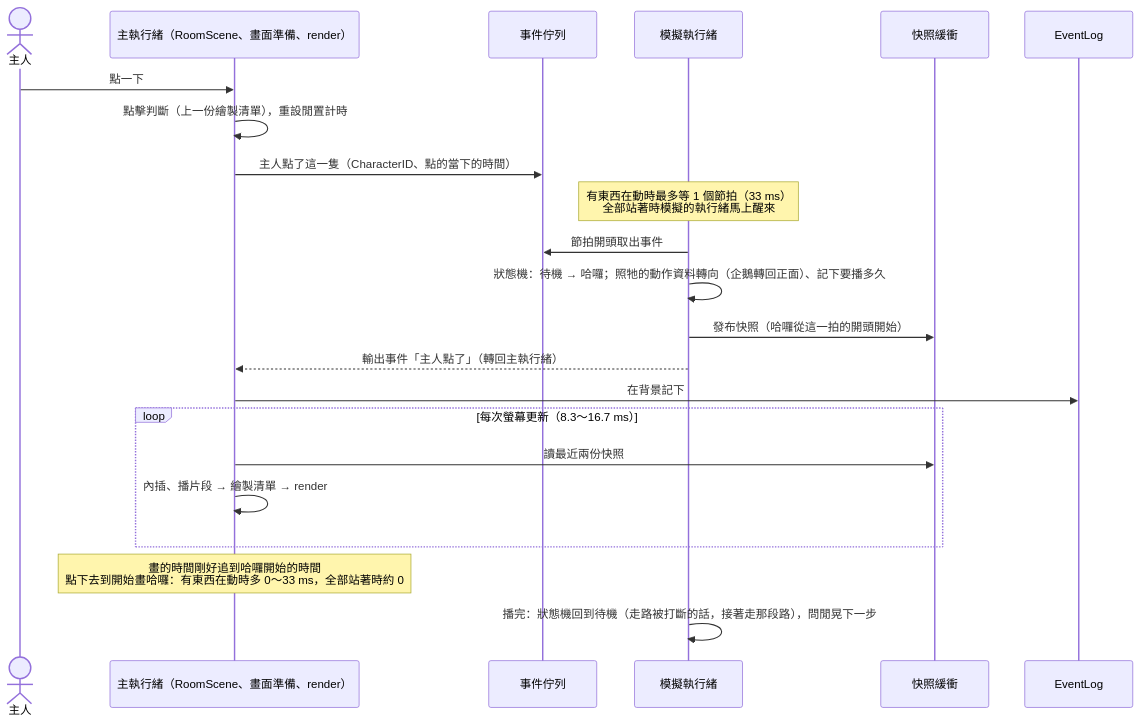
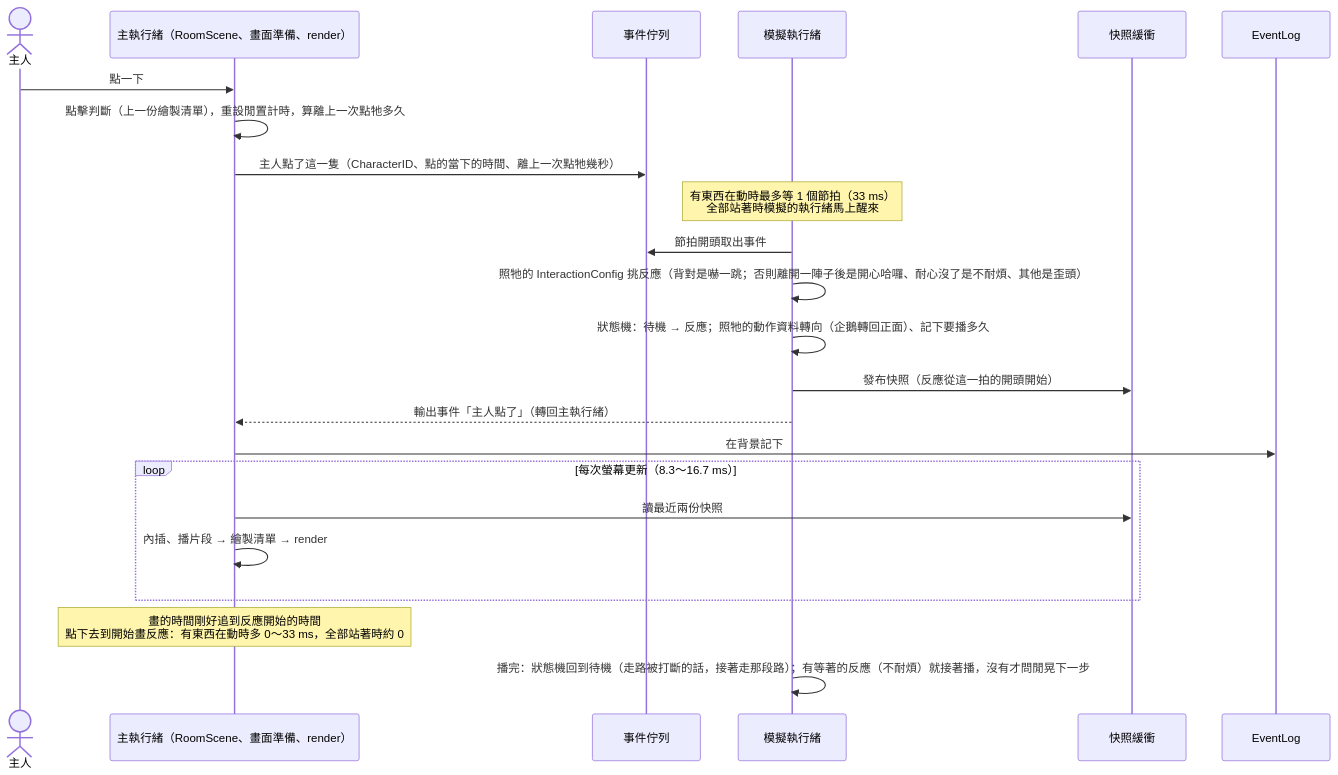
Before and after one commit to CBHeng/penguin-family: the sixth of 8 diagrams in docs/code-map.md, drawn with Mermaid. The commit also changed other lines of this file and 22 other files, not shown here.

````diff
--- a/docs/code-map.md
+++ b/docs/code-map.md
@@ -389,25 +394,26 @@
 ```mermaid
 sequenceDiagram
     actor Owner as 主人
     participant Main as 主執行緒（RoomScene、畫面準備、render）
     participant Q as 事件佇列
     participant Sim as 模擬執行緒
     participant Snap as 快照緩衝
     participant Log as EventLog
 
     Owner->>Main: 點一下
-    Main->>Main: 點擊判斷（上一份繪製清單），重設閒置計時
-    Main->>Q: 主人點了這一隻（CharacterID、點的當下的時間）
+    Main->>Main: 點擊判斷（上一份繪製清單），重設閒置計時，算離上一次點牠多久
+    Main->>Q: 主人點了這一隻（CharacterID、點的當下的時間、離上一次點牠幾秒）
     Note over Sim: 有東西在動時最多等 1 個節拍（33 ms）<br/>全部站著時模擬的執行緒馬上醒來
     Sim->>Q: 節拍開頭取出事件
-    Sim->>Sim: 狀態機：待機 → 哈囉；照牠的動作資料轉向（企鵝轉回正面）、記下要播多久
-    Sim->>Snap: 發布快照（哈囉從這一拍的開頭開始）
+    Sim->>Sim: 照牠的 InteractionConfig 挑反應（背對是嚇一跳；否則離開一陣子後是開心哈囉、耐心沒了是不耐煩、其他是歪頭）
+    Sim->>Sim: 狀態機：待機 → 反應；照牠的動作資料轉向（企鵝轉回正面）、記下要播多久
+    Sim->>Snap: 發布快照（反應從這一拍的開頭開始）
     Sim-->>Main: 輸出事件「主人點了」（轉回主執行緒）
     Main->>Log: 在背景記下
     loop 每次螢幕更新（8.3～16.7 ms）
         Main->>Snap: 讀最近兩份快照
         Main->>Main: 內插、播片段 → 繪製清單 → render
     end
-    Note over Main: 畫的時間剛好追到哈囉開始的時間<br/>點下去到開始畫哈囉：有東西在動時多 0～33 ms，全部站著時約 0
-    Sim->>Sim: 播完：狀態機回到待機（走路被打斷的話，接著走那段路），問閒晃下一步
+    Note over Main: 畫的時間剛好追到反應開始的時間<br/>點下去到開始畫反應：有東西在動時多 0～33 ms，全部站著時約 0
+    Sim->>Sim: 播完：狀態機回到待機（走路被打斷的話，接著走那段路）；有等著的反應（不耐煩）就接著播，沒有才問閒晃下一步
 ```
````
